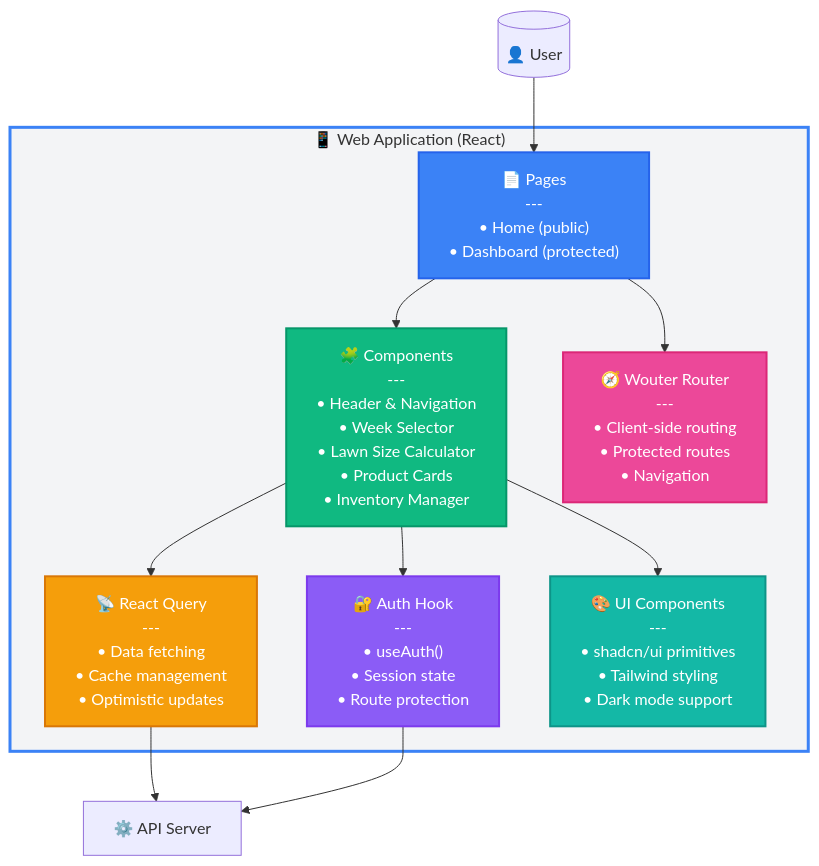
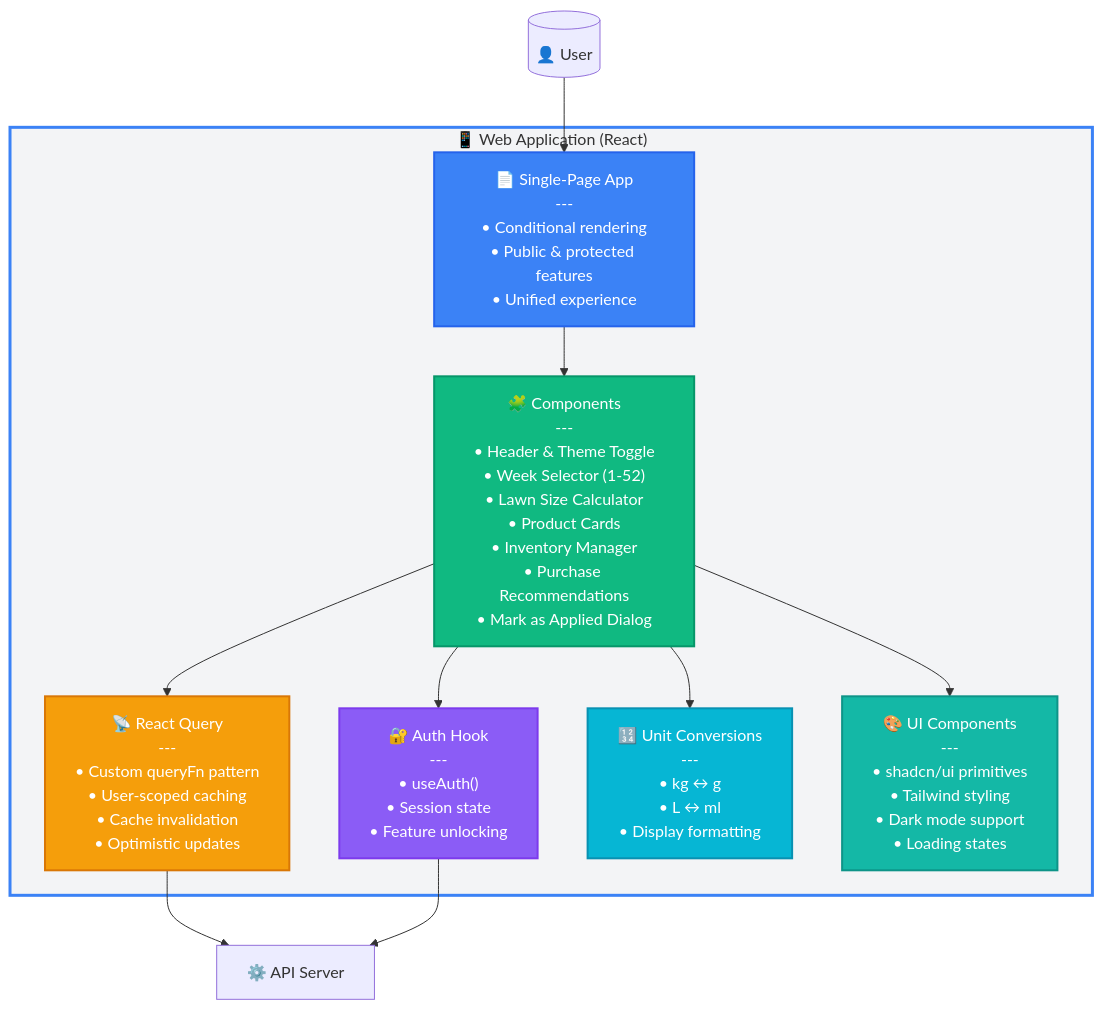
Before and after one commit to elliotchisholm/lawn-care-assistant: the fourth of 7 diagrams in docs/C4-architecture-diagrams.md, drawn with Mermaid. The commit also changed other lines of this file, not shown here.

First line of the commit message:
Update architecture diagram and database schema for lawn care app

````diff
--- a/docs/C4-architecture-diagrams.md
+++ b/docs/C4-architecture-diagrams.md
@@ -126,37 +132,37 @@
 ```mermaid
 graph TB
     User[("👤 User")]
     
     subgraph WebApp["📱 Web Application (React)"]
-        Pages["📄 Pages<br/>---<br/>• Home (public)<br/>• Dashboard (protected)"]
+        Pages["📄 Single-Page App<br/>---<br/>• Conditional rendering<br/>• Public & protected features<br/>• Unified experience"]
         
-        Components["🧩 Components<br/>---<br/>• Header & Navigation<br/>• Week Selector<br/>• Lawn Size Calculator<br/>• Product Cards<br/>• Inventory Manager"]
+        Components["🧩 Components<br/>---<br/>• Header & Theme Toggle<br/>• Week Selector (1-52)<br/>• Lawn Size Calculator<br/>• Product Cards<br/>• Inventory Manager<br/>• Purchase Recommendations<br/>• Mark as Applied Dialog"]
         
-        Auth["🔐 Auth Hook<br/>---<br/>• useAuth()<br/>• Session state<br/>• Route protection"]
+        Auth["🔐 Auth Hook<br/>---<br/>• useAuth()<br/>• Session state<br/>• Feature unlocking"]
         
-        Query["📡 React Query<br/>---<br/>• Data fetching<br/>• Cache management<br/>• Optimistic updates"]
+        Query["📡 React Query<br/>---<br/>• Custom queryFn pattern<br/>• User-scoped caching<br/>• Cache invalidation<br/>• Optimistic updates"]
         
-        Router["🧭 Wouter Router<br/>---<br/>• Client-side routing<br/>• Protected routes<br/>• Navigation"]
+        UnitConv["🔢 Unit Conversions<br/>---<br/>• kg ↔ g<br/>• L ↔ ml<br/>• Display formatting"]
         
-        UI["🎨 UI Components<br/>---<br/>• shadcn/ui primitives<br/>• Tailwind styling<br/>• Dark mode support"]
+        UI["🎨 UI Components<br/>---<br/>• shadcn/ui primitives<br/>• Tailwind styling<br/>• Dark mode support<br/>• Loading states"]
     end
     
     API["⚙️ API Server"]
     
     User --> Pages
     Pages --> Components
-    Pages --> Router
     Components --> Auth
     Components --> Query
+    Components --> UnitConv
     Components --> UI
     Query --> API
     Auth --> API
     
     style Pages fill:#3b82f6,stroke:#2563eb,stroke-width:2px,color:#fff
     style Components fill:#10b981,stroke:#059669,stroke-width:2px,color:#fff
     style Auth fill:#8b5cf6,stroke:#7c3aed,stroke-width:2px,color:#fff
     style Query fill:#f59e0b,stroke:#d97706,stroke-width:2px,color:#fff
-    style Router fill:#ec4899,stroke:#db2777,stroke-width:2px,color:#fff
+    style UnitConv fill:#06b6d4,stroke:#0891b2,stroke-width:2px,color:#fff
     style UI fill:#14b8a6,stroke:#0d9488,stroke-width:2px,color:#fff
     style WebApp fill:#f3f4f6,stroke:#3b82f6,stroke-width:3px
 ```
````
